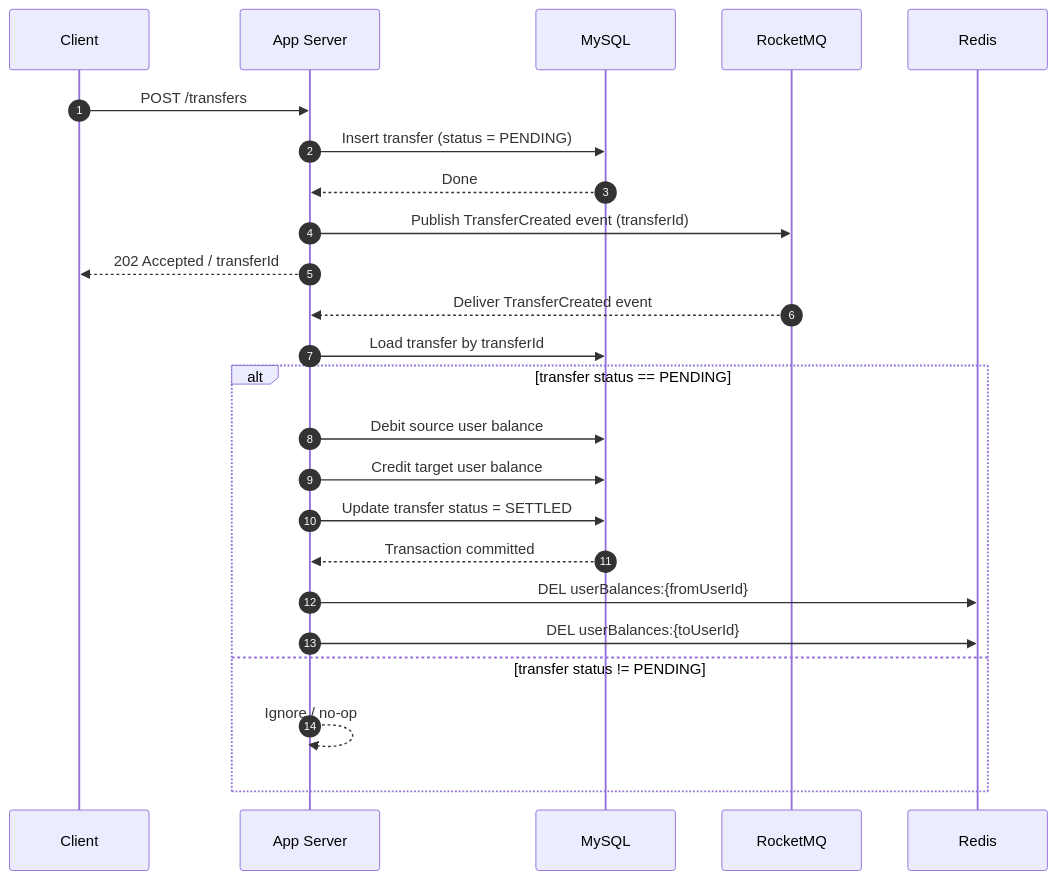
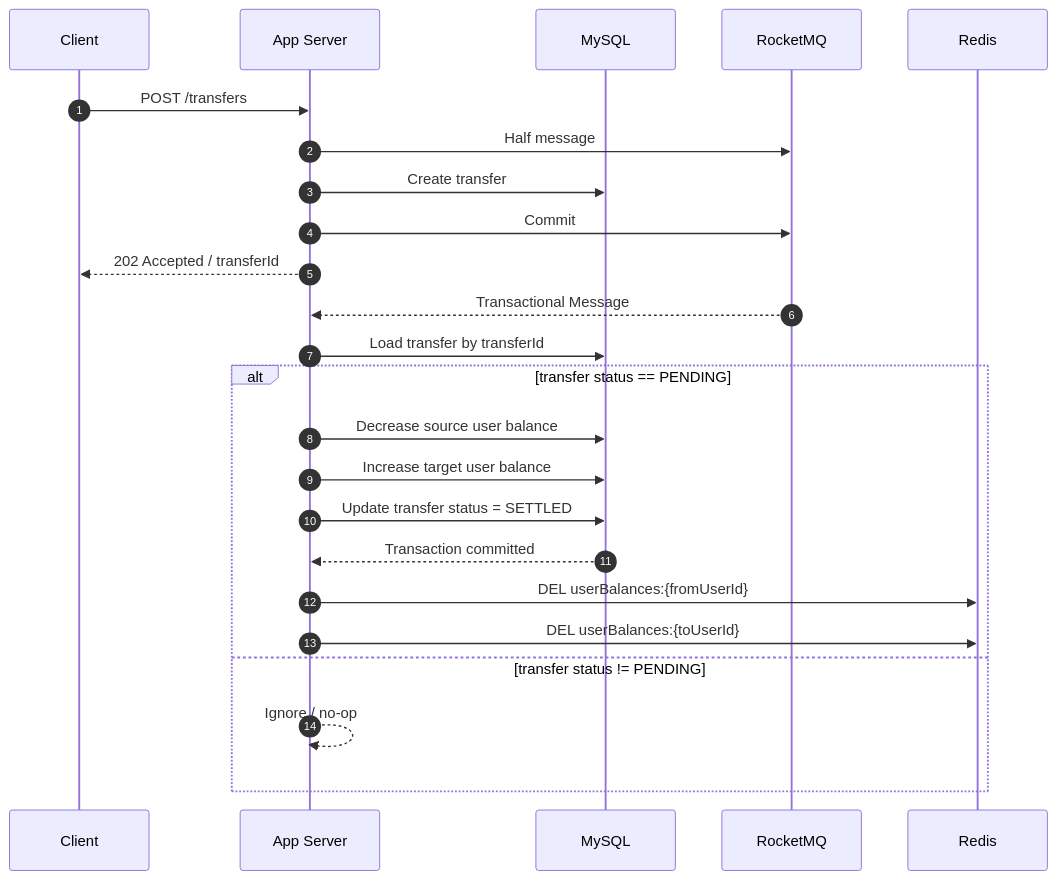
Before and after one commit to hanshsieh/opennet-homework-backend-5-balance-transfer: the second of 2 diagrams in .cursor/rules/project-context.mdc, drawn with Mermaid. The commit also changed other lines of this file, not shown here.

Commit message:
Correct sequence diagram in Cursor rules

````diff
--- a/.cursor/rules/project-context.mdc
+++ b/.cursor/rules/project-context.mdc
@@ -75,28 +76,28 @@
 ```mermaid
 sequenceDiagram
     autonumber
     participant Client as Client
     participant App as App Server
     participant DB as MySQL
     participant MQ as RocketMQ
     participant Redis as Redis
 
     Client->>App: POST /transfers
-    App->>DB: Insert transfer (status = PENDING)
-    DB-->>App: Done
-    App->>MQ: Publish TransferCreated event (transferId)
+    App->>MQ: Half message
+    App->>DB: Create transfer
+    App->>MQ: Commit
     App-->>Client: 202 Accepted / transferId
 
-    MQ-->>App: Deliver TransferCreated event
+    MQ-->>App: Transactional Message
     App->>DB: Load transfer by transferId
     alt transfer status == PENDING
-        App->>DB: Debit source user balance
-        App->>DB: Credit target user balance
+        App->>DB: Decrease source user balance
+        App->>DB: Increase target user balance
         App->>DB: Update transfer status = SETTLED
         DB-->>App: Transaction committed
         App->>Redis: DEL userBalances:{fromUserId}
         App->>Redis: DEL userBalances:{toUserId}
     else transfer status != PENDING
         App-->>App: Ignore / no-op
     end
 ```
````
